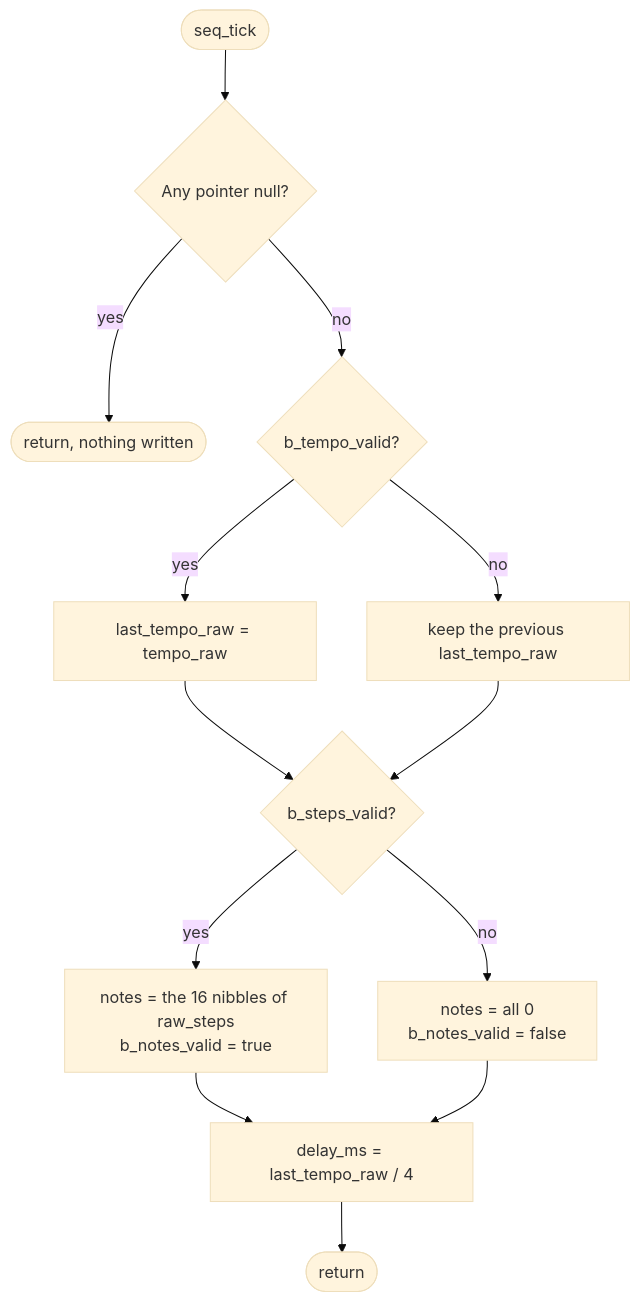
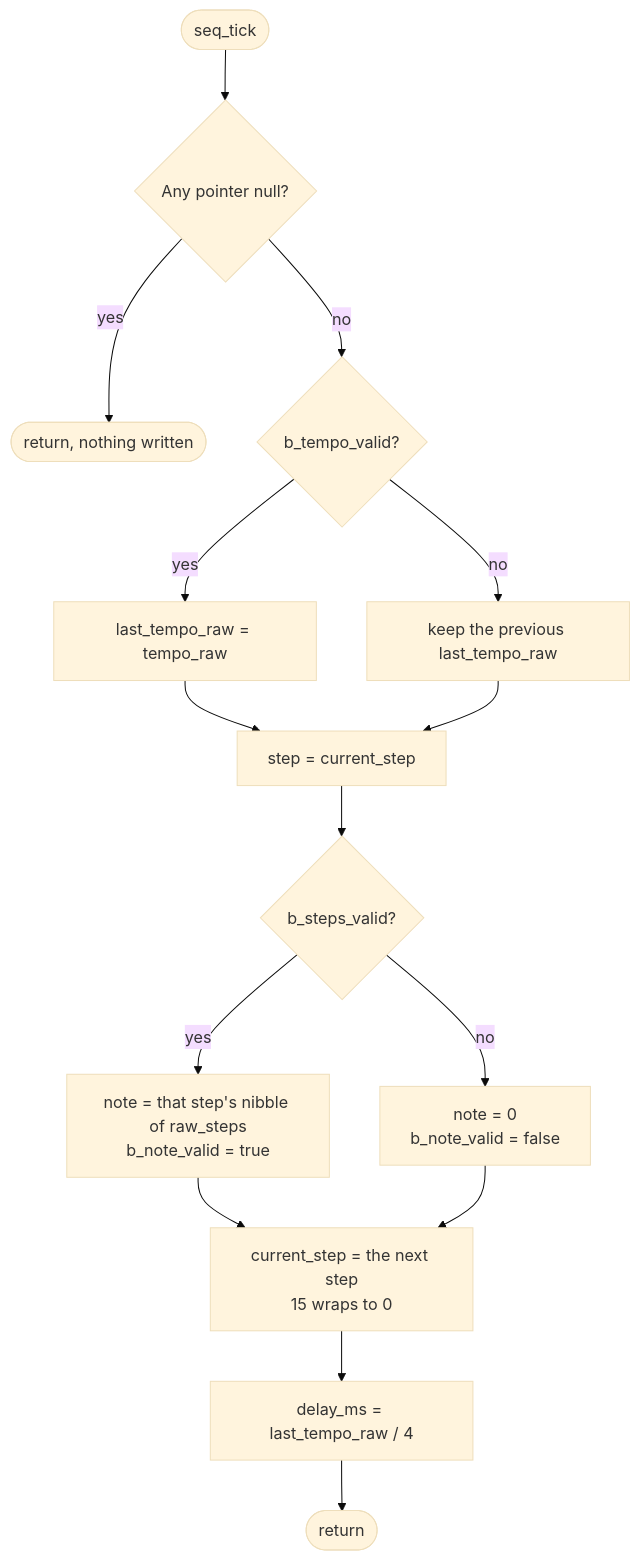
The seventh of 18 diagrams in docs/ARCHITECTURE.md (BonelessPig/nano_sequencer), drawn with Mermaid (base theme) before and after one commit. The commit also changed other lines of this file and 8 other files, not shown here.

First line of the commit message:
Advance one step per tick and log only the step played

````diff
--- a/docs/ARCHITECTURE.md
+++ b/docs/ARCHITECTURE.md
@@ -215,15 +216,17 @@
 ```mermaid
 flowchart TD
     start(["seq_tick"]) --> nullcheck{"Any pointer null?"}
     nullcheck -->|"yes"| done(["return, nothing written"])
     nullcheck -->|"no"| tempo{"b_tempo_valid?"}
     tempo -->|"yes"| store["last_tempo_raw = tempo_raw"]
     tempo -->|"no"| keep["keep the previous last_tempo_raw"]
-    store --> steps{"b_steps_valid?"}
-    keep --> steps
-    steps -->|"yes"| decode["notes = the 16 nibbles of raw_steps<br/>b_notes_valid = true"]
-    steps -->|"no"| zero["notes = all 0<br/>b_notes_valid = false"]
-    decode --> delay["delay_ms = last_tempo_raw / 4"]
-    zero --> delay
+    store --> play["step = current_step"]
+    keep --> play
+    play --> steps{"b_steps_valid?"}
+    steps -->|"yes"| decode["note = that step's nibble of raw_steps<br/>b_note_valid = true"]
+    steps -->|"no"| zero["note = 0<br/>b_note_valid = false"]
+    decode --> advance
+    zero --> advance
+    advance["current_step = the next step<br/>15 wraps to 0"] --> delay["delay_ms = last_tempo_raw / 4"]
     delay --> out(["return"])
 ```
````
